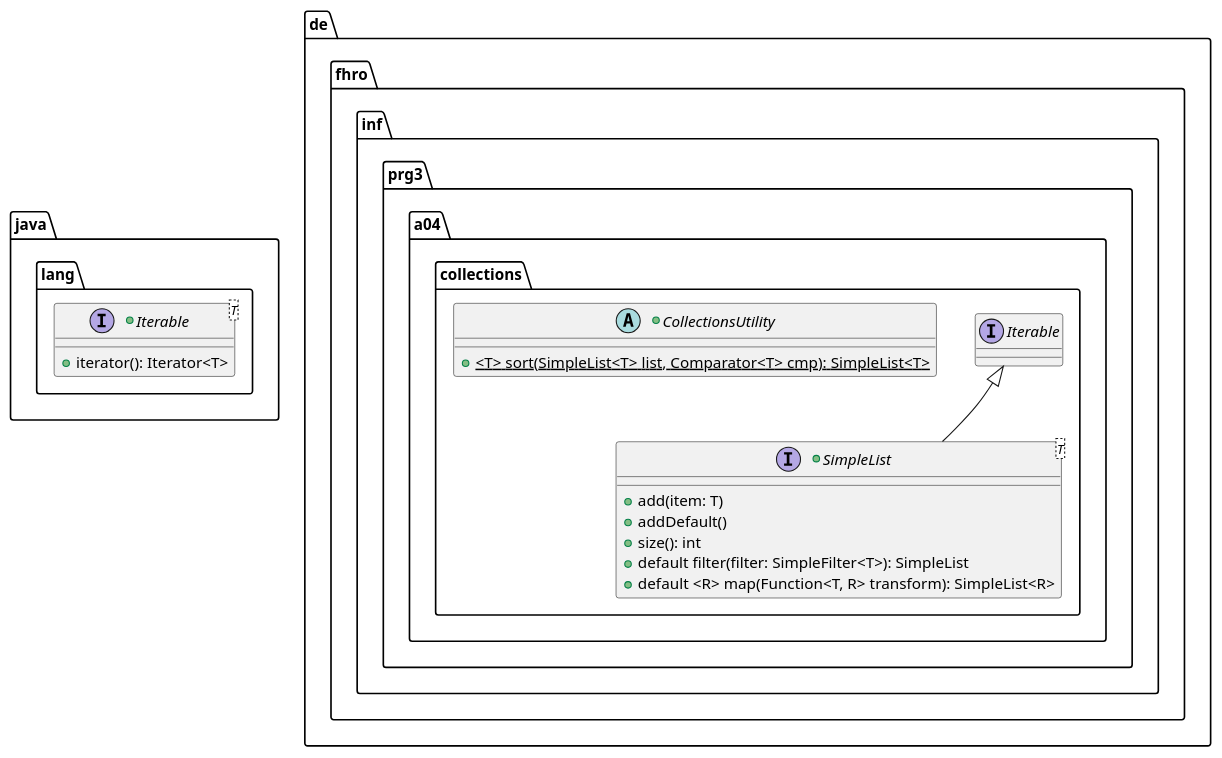
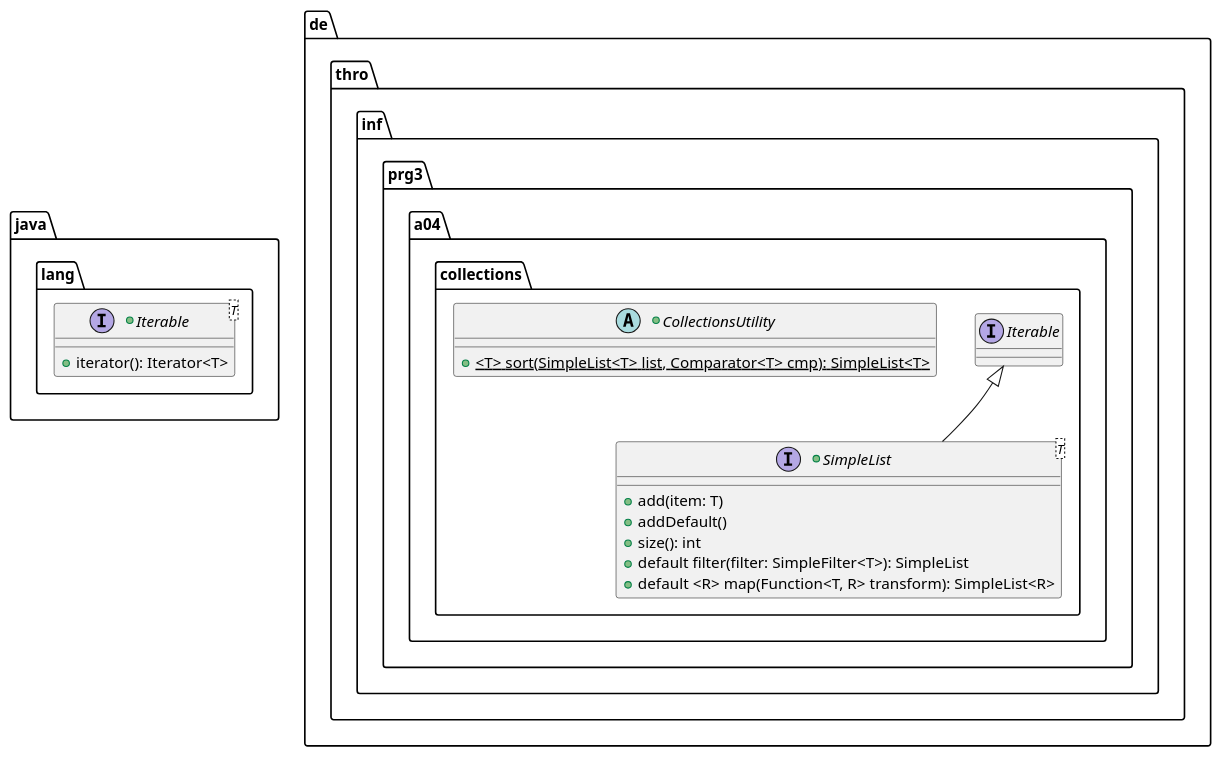
One commit to studlinnth6233/04-generics changed the diagram in assets/class-spec-2.plantuml. Above: the diagram before and after it, drawn with PlantUML. The commit also changed 4 other files, not shown here.

```diff
--- a/assets/class-spec-2.plantuml
+++ b/assets/class-spec-2.plantuml
@@ -1,22 +1,22 @@
 @startuml
 
 package java.lang {
 
     +interface Iterable<T> {
         +iterator(): Iterator<T>
     }
 }
 
-package de.fhro.inf.prg3.a04.collections {
+package de.thro.inf.prg3.a04.collections {
     +interface SimpleList<T> extends Iterable {
         +add(item: T)
         +addDefault()
         +size(): int
         +default filter(filter: SimpleFilter<T>): SimpleList
         +default <R> map(Function<T, R> transform): SimpleList<R>
     }
     +abstract class CollectionsUtility {
         +{static}<T> sort(SimpleList<T> list, Comparator<T> cmp): SimpleList<T>
     }
 }
 @enduml
```
